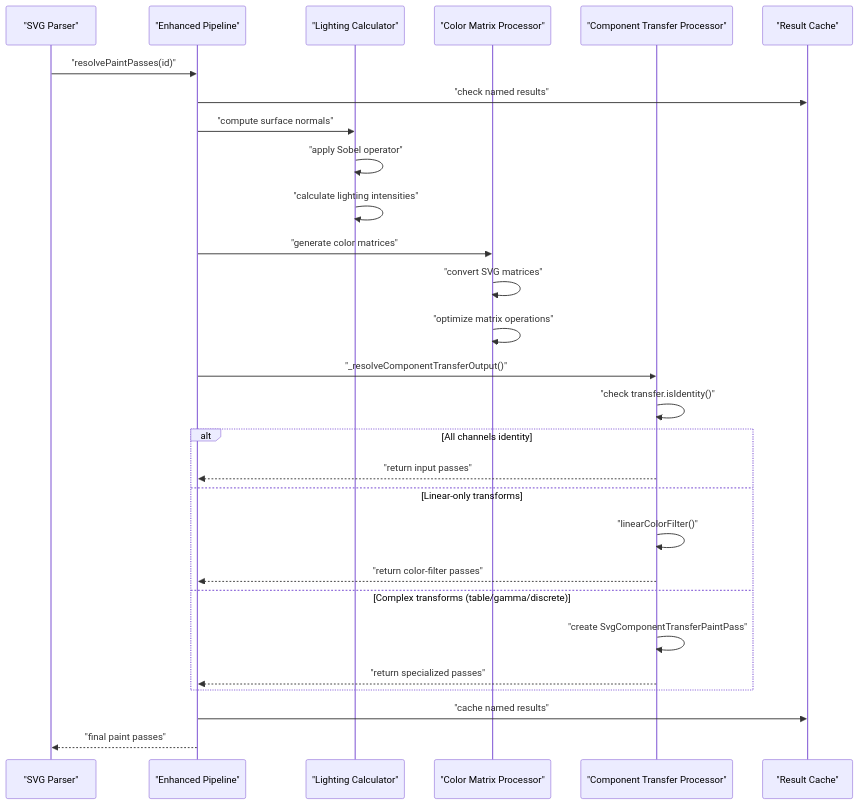
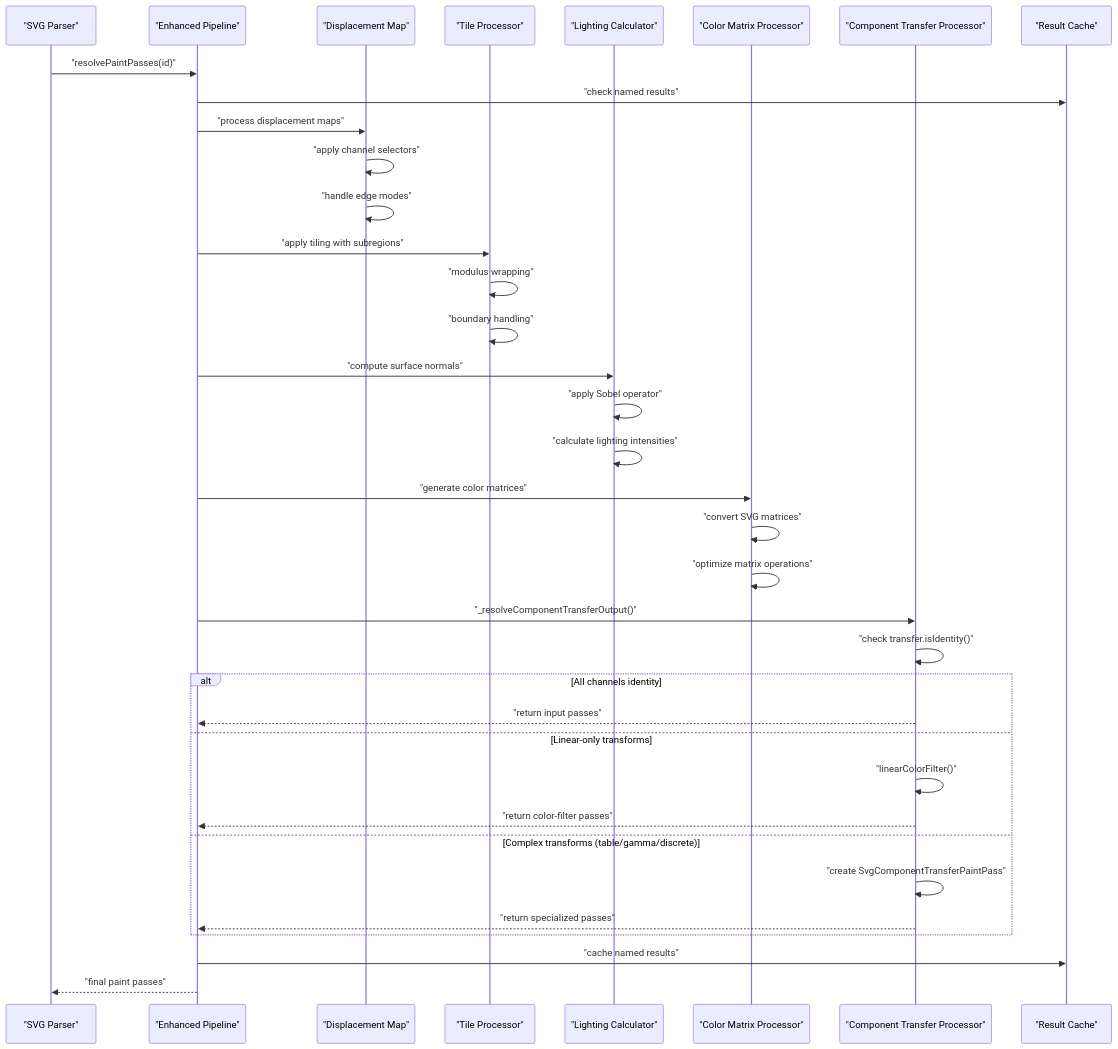
One commit to denisnadey/flutter_full_svg_support changed the second of 2 diagrams in .qoder/repowiki/en/content/Animated SVG Support/Advanced Animation Features/SVG Filters and Effects/SVG Filters and Effects.md. Above: the diagram before and after it, drawn with Mermaid. The commit also changed other lines of this file and 35 other files, not shown here.

````diff
--- a/.qoder/repowiki/en/content/Animated SVG Support/Advanced Animation Features/SVG Filters and Effects/SVG Filters and Effects.md
+++ b/.qoder/repowiki/en/content/Animated SVG Support/Advanced Animation Features/SVG Filters and Effects/SVG Filters and Effects.md
@@ -140,30 +181,38 @@
 ```mermaid
 sequenceDiagram
 participant Parser as "SVG Parser"
 participant Pipeline as "Enhanced Pipeline"
+participant Displacement as "Displacement Map"
+participant Tile as "Tile Processor"
 participant Lighting as "Lighting Calculator"
 participant ColorMatrix as "Color Matrix Processor"
 participant CTProcessor as "Component Transfer Processor"
 participant Cache as "Result Cache"
 Parser->>Pipeline : "resolvePaintPasses(id)"
 Pipeline->>Cache : "check named results"
+Pipeline->>Displacement : "process displacement maps"
+Displacement->>Displacement : "apply channel selectors"
+Displacement->>Displacement : "handle edge modes"
+Pipeline->>Tile : "apply tiling with subregions"
+Tile->>Tile : "modulus wrapping"
+Tile->>Tile : "boundary handling"
 Pipeline->>Lighting : "compute surface normals"
 Lighting->>Lighting : "apply Sobel operator"
 Lighting->>Lighting : "calculate lighting intensities"
 Pipeline->>ColorMatrix : "generate color matrices"
 ColorMatrix->>ColorMatrix : "convert SVG matrices"
 ColorMatrix->>ColorMatrix : "optimize matrix operations"
 Pipeline->>CTProcessor : "_resolveComponentTransferOutput()"
 CTProcessor->>CTProcessor : "check transfer.isIdentity()"
 alt All channels identity
 CTProcessor-->>Pipeline : "return input passes"
 else Linear-only transforms
 CTProcessor->>CTProcessor : "linearColorFilter()"
 CTProcessor-->>Pipeline : "return color-filter passes"
 else Complex transforms (table/gamma/discrete)
 CTProcessor->>CTProcessor : "create SvgComponentTransferPaintPass"
 CTProcessor-->>Pipeline : "return specialized passes"
 end
 Pipeline->>Cache : "cache named results"
 Pipeline-->>Parser : "final paint passes"
 ```
````
